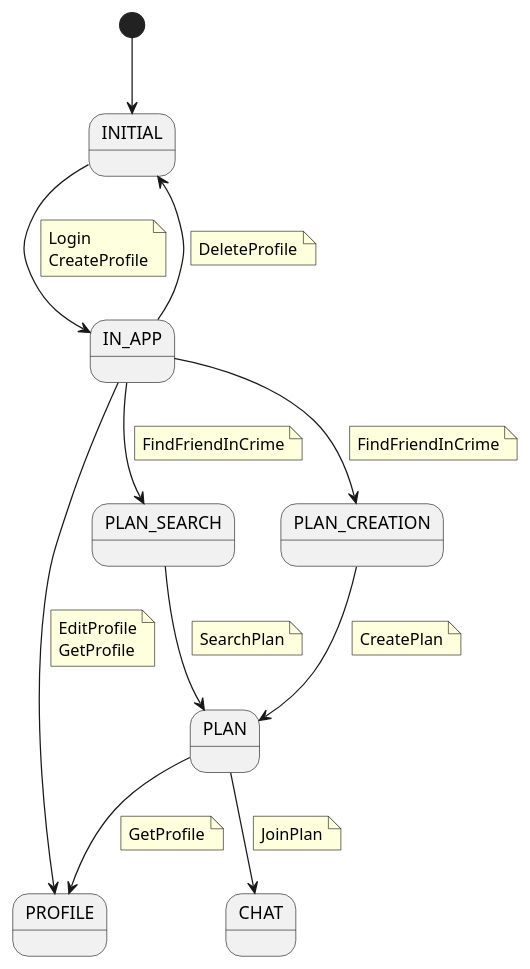
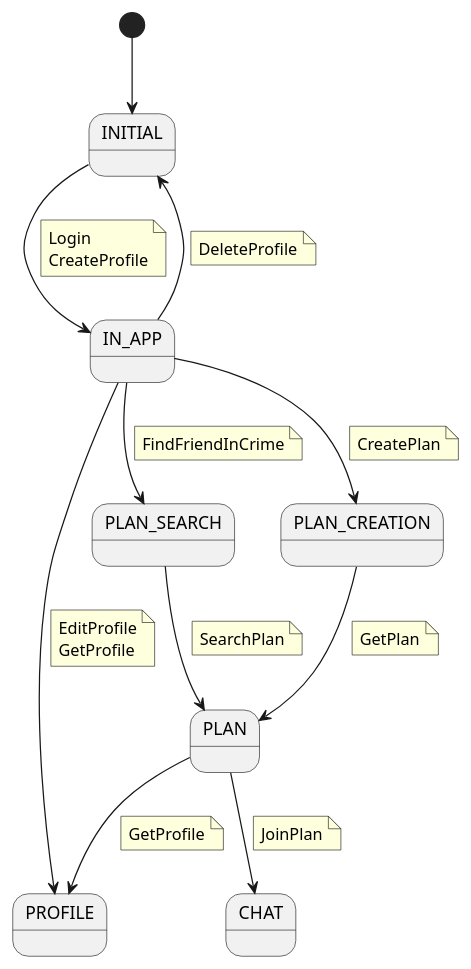
Before and after one commit to colasin16/pop-up-plan-service: the first of 2 diagrams in docs/src/use-cases/friend-in-crime-context.puml, drawn with PlantUML. The commit also changed other lines of this file and 2 other files, not shown here.

Commit message:
Updated docs and diagrams

```diff
--- a/docs/src/use-cases/friend-in-crime-context.puml
+++ b/docs/src/use-cases/friend-in-crime-context.puml
@@ -1,51 +1,51 @@
 @startuml FriendInCrimeContext
 
 state INITIAL
 state IN_APP
 state PROFILE
 state PLAN_SEARCH
 state PLAN_CREATION
 state PLAN
 state CHAT
 
 [*] --> INITIAL
 INITIAL --> IN_APP
 note on link
 Login
 CreateProfile
 end note
 IN_APP --> INITIAL
 note on link
 DeleteProfile
 endnote
 IN_APP --> PROFILE
 note on link
 EditProfile
 GetProfile
 endnote
 IN_APP --> PLAN_SEARCH
 note on link
 FindFriendInCrime
 endnote
 IN_APP --> PLAN_CREATION
 note on link
-FindFriendInCrime
+CreatePlan
 endnote
 PLAN_CREATION --> PLAN
 note on link
-CreatePlan
+GetPlan
 endnote
 PLAN_SEARCH --> PLAN
 note on link
 SearchPlan
 endnote
 PLAN --> CHAT
 note on link
 JoinPlan
 endnote
 PLAN --> PROFILE
 note on link
 GetProfile
 endnote
 
 @enduml
```
